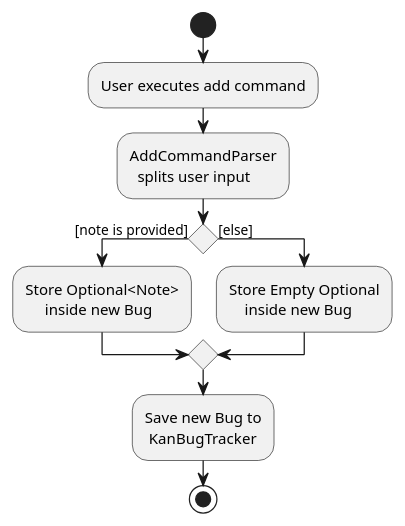
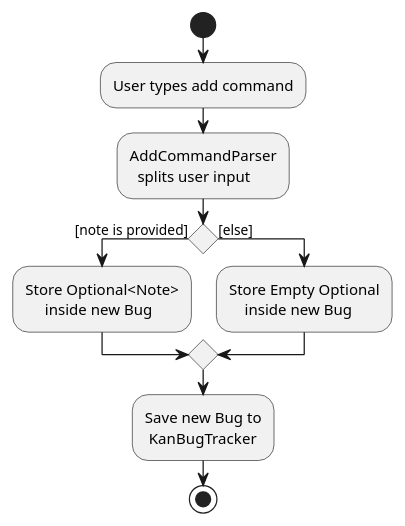
Before and after one commit to the-reefshark/tp: the diagram in docs/diagrams/NoteAddActivityDiagram.puml, drawn with PlantUML. The commit also changed 6 other files, not shown here.

```diff
--- a/docs/diagrams/NoteAddActivityDiagram.puml
+++ b/docs/diagrams/NoteAddActivityDiagram.puml
@@ -1,20 +1,20 @@
 @startuml
 start
-:User executes add command;
+:User types add command;
 :AddCommandParser
   splits user input;
 
 'Since the beta syntax does not support placing the condition outside the
 'diamond we place it as the true branch instead.
 
 if () then ([note is provided])
     :Store Optional<Note>
          inside new Bug;
 else ([else])
     :Store Empty Optional
         inside new Bug;
 endif
 :Save new Bug to
  KanBugTracker;
 stop
 @enduml
```
